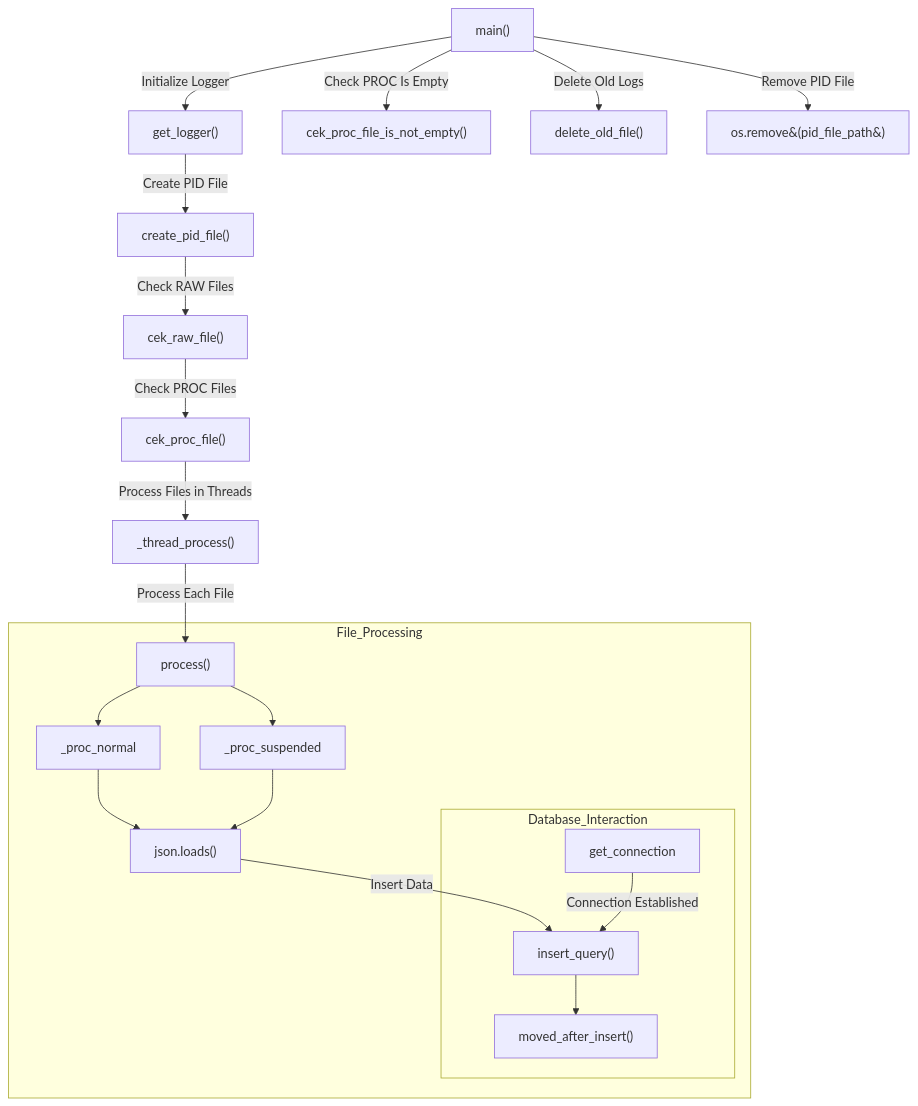
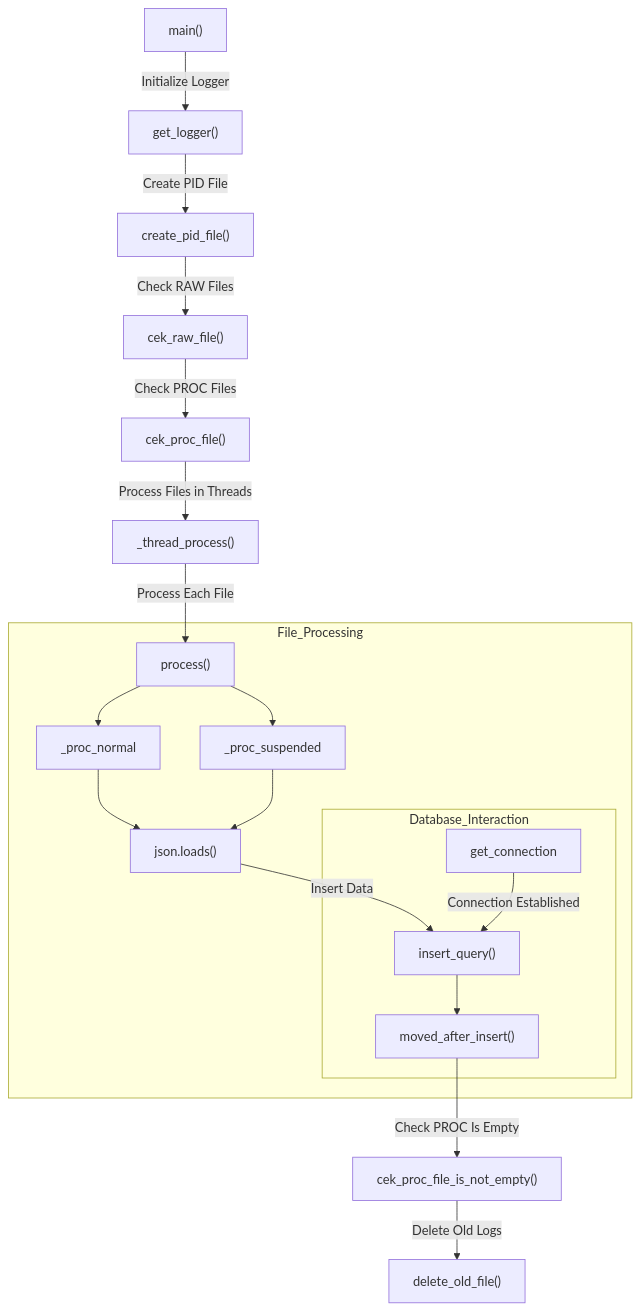
The second of 2 diagrams in UDR/parsing_readme.md (maulanaady/psn), drawn with Mermaid before and after one commit.

Commit message:
update readme file

````diff
--- a/UDR/parsing_readme.md
+++ b/UDR/parsing_readme.md
@@ -155,28 +155,27 @@
 ```mermaid
 graph TD;
     A[main#40;#41;] -->|Initialize Logger| B[get_logger#40;#41;];
     B -->|Create PID File| C[create_pid_file#40;#41;];
     C -->|Check RAW Files| D[cek_raw_file#40;#41;];
     D -->|Check PROC Files| E[cek_proc_file#40;#41;];
     E -->|Process Files in Threads| F[_thread_process#40;#41;];
     F -->|Process Each File| G[process#40;#41;];
 
     H -->|Insert Data| I[insert_query#40;#41;];    
 
-    A -->|Check PROC Is Empty| K[cek_proc_file_is_not_empty#40;#41;];
-    A -->|Delete Old Logs| L[delete_old_file#40;#41;];
-    A -->|Remove PID File| M[os.remove&#40;pid_file_path&#41;];
+    J -->|Check PROC Is Empty| K[cek_proc_file_is_not_empty#40;#41;];
+    K -->|Delete Old Logs| L[delete_old_file#40;#41;];
 
     subgraph File_Processing;
         G --> _proc_normal --> H[json.loads#40;#41;];
         G --> _proc_suspended --> H[json.loads#40;#41;];
 
         subgraph Database_Interaction;
         get_connection -->|Connection Established| I;
         I --> J[moved_after_insert#40;#41;]
         end;
 
     end;
 
     
 ```
````
